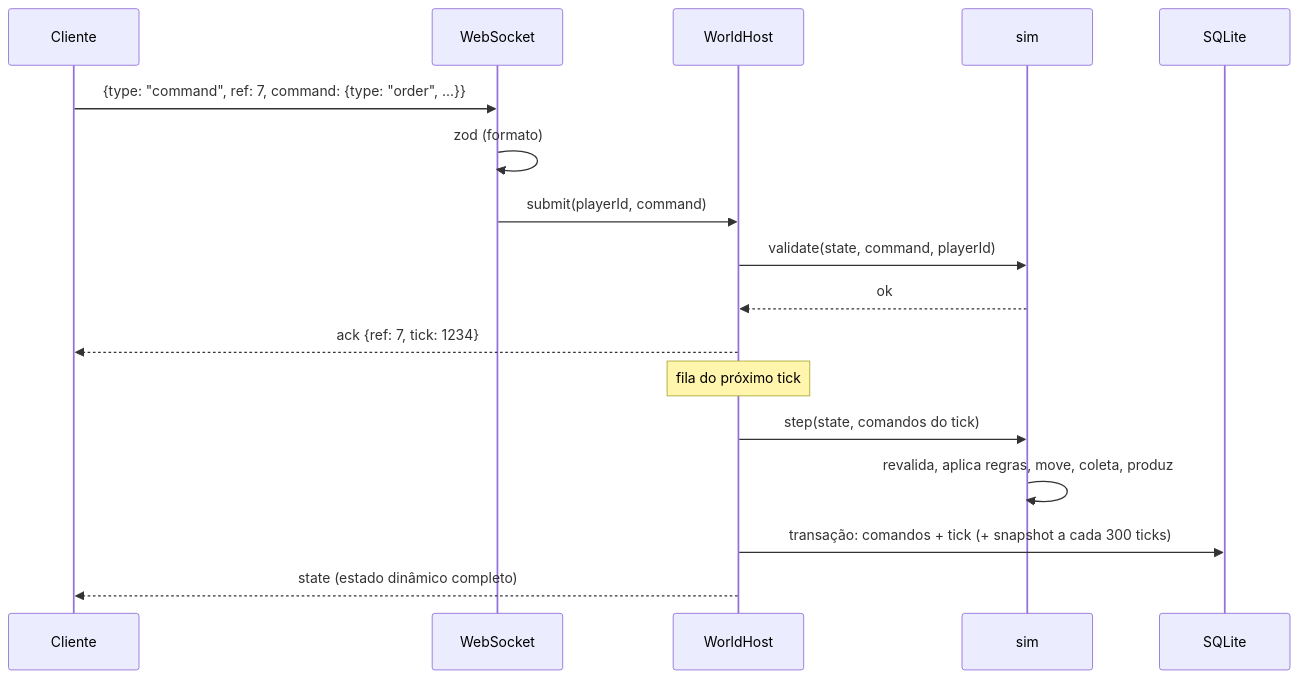
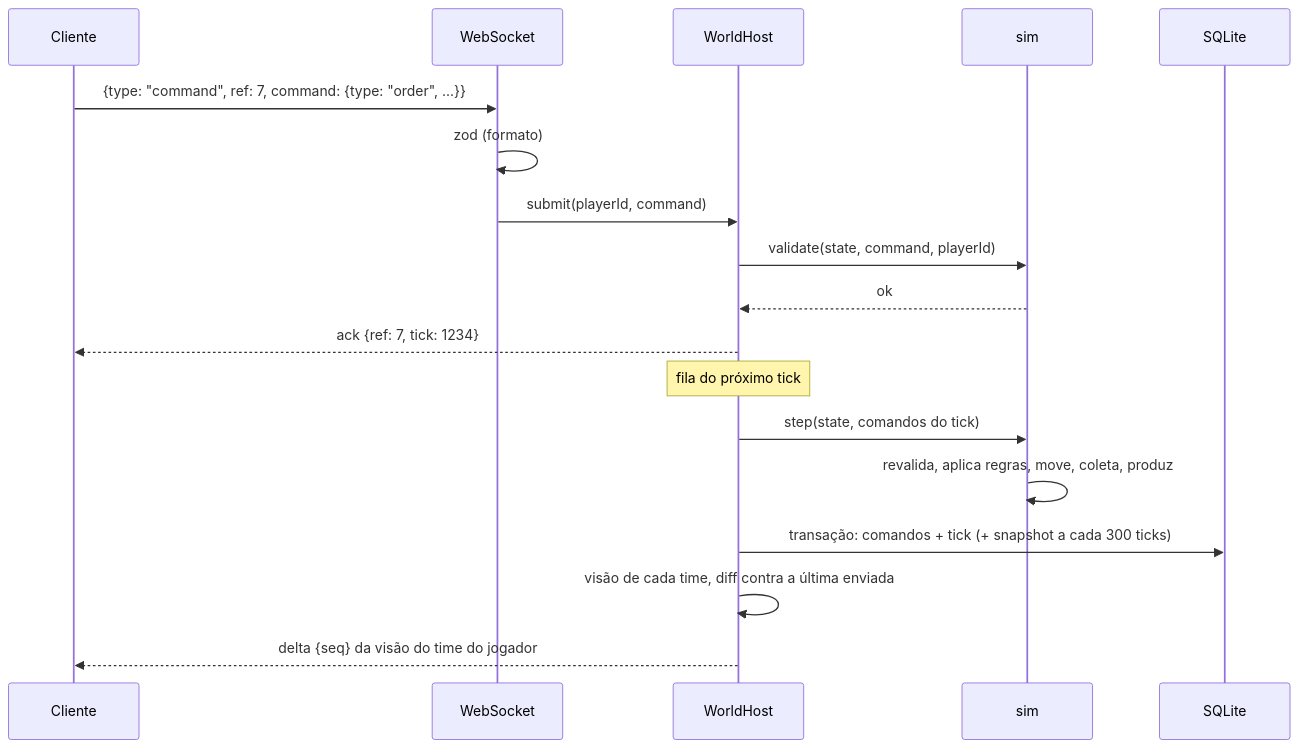
The fifth of 8 diagrams in docs/OVERVIEW.md (eliasfeijo/geometrix), drawn with Mermaid before and after one commit. The commit also changed other lines of this file, not shown here.

````diff
--- a/docs/OVERVIEW.md
+++ b/docs/OVERVIEW.md
@@ -233,19 +240,20 @@
 ```mermaid
 sequenceDiagram
     participant C as Cliente
     participant W as WebSocket
     participant H as WorldHost
     participant S as sim
     participant DB as SQLite
     C->>W: {type: "command", ref: 7, command: {type: "order", ...}}
     W->>W: zod (formato)
     W->>H: submit(playerId, command)
     H->>S: validate(state, command, playerId)
     S-->>H: ok
     H-->>C: ack {ref: 7, tick: 1234}
     Note over H: fila do próximo tick
     H->>S: step(state, comandos do tick)
     S->>S: revalida, aplica regras, move, coleta, produz
     H->>DB: transação: comandos + tick (+ snapshot a cada 300 ticks)
-    H-->>C: state (estado dinâmico completo)
+    H->>H: visão de cada time, diff contra a última enviada
+    H-->>C: delta {seq} da visão do time do jogador
 ```
````
